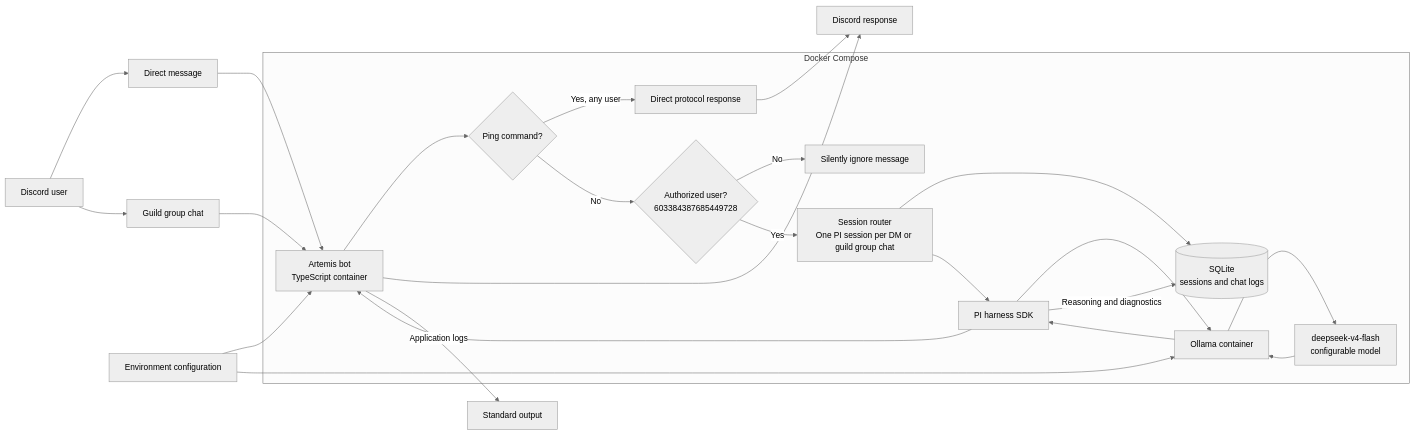
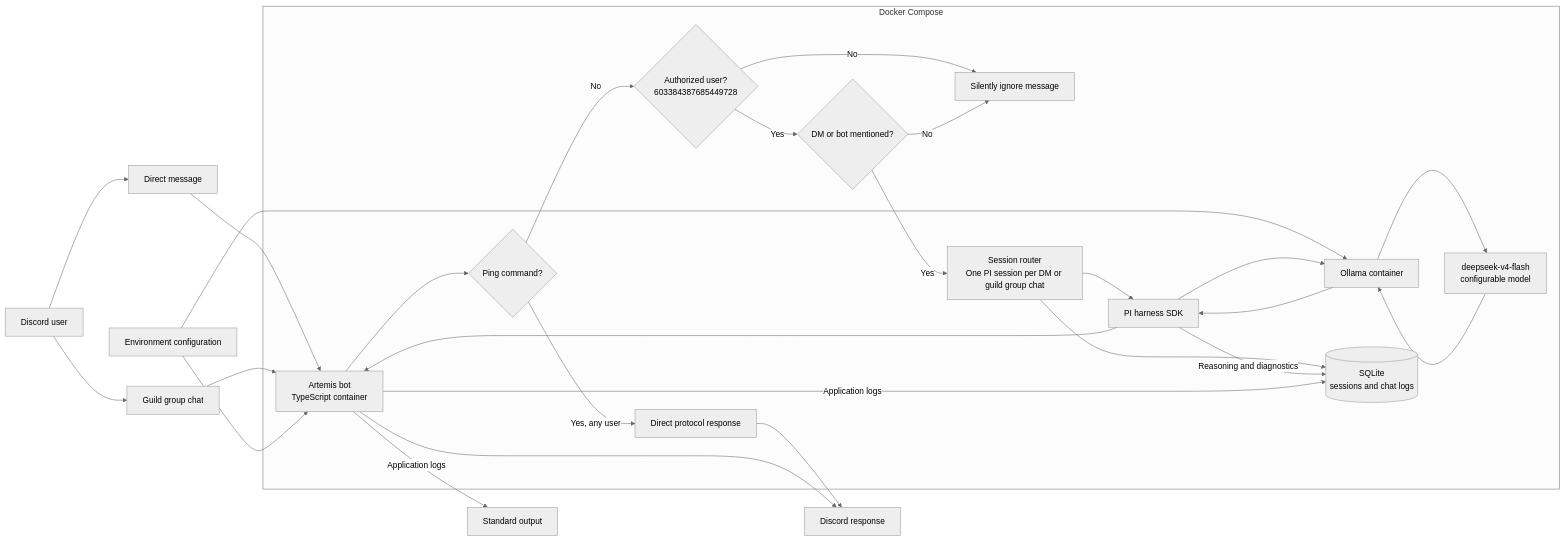
The diagram in design/baseline.md (HSV-AI/artemis), drawn with Mermaid (neutral theme) before and after one commit. The commit also changed other lines of this file and 32 other files, not shown here.

````diff
--- a/design/baseline.md
+++ b/design/baseline.md
@@ -64,28 +65,31 @@
 ```mermaid
 flowchart LR
     User[Discord user] --> DM[Direct message]
     User --> Guild[Guild group chat]
     DM --> Bot
     Guild --> Bot
     Config[Environment configuration] --> Bot
     Config --> Ollama
     subgraph Compose[Docker Compose]
         Bot[Artemis bot<br/>TypeScript container]
         Bot --> Ping{Ping command?}
         Ping -- Yes, any user --> Pong[Direct protocol response]
         Ping -- No --> Auth{Authorized user?<br/>603384387685449728}
         Auth -- No --> Ignore[Silently ignore message]
-        Auth -- Yes --> Sessions[Session router<br/>One PI session per DM or guild group chat]
+        Auth -- Yes --> Mention{DM or bot mentioned?}
+        Mention -- No --> Ignore
+        Mention -- Yes --> Sessions[Session router<br/>One PI session per DM or guild group chat]
         Sessions --> Store[(SQLite<br/>sessions and chat logs)]
         Sessions --> PI[PI harness SDK]
         PI --> Ollama[Ollama container]
         Ollama --> Model[deepseek-v4-flash<br/>configurable model]
         Model --> Ollama
         Ollama --> PI
         PI -- Reasoning and diagnostics --> Store
+        Bot -- Application logs --> Store
         PI --> Bot
     end
     Pong --> Discord[Discord response]
     Bot --> Discord
     Bot -- Application logs --> Stdout[Standard output]
 ```
````
